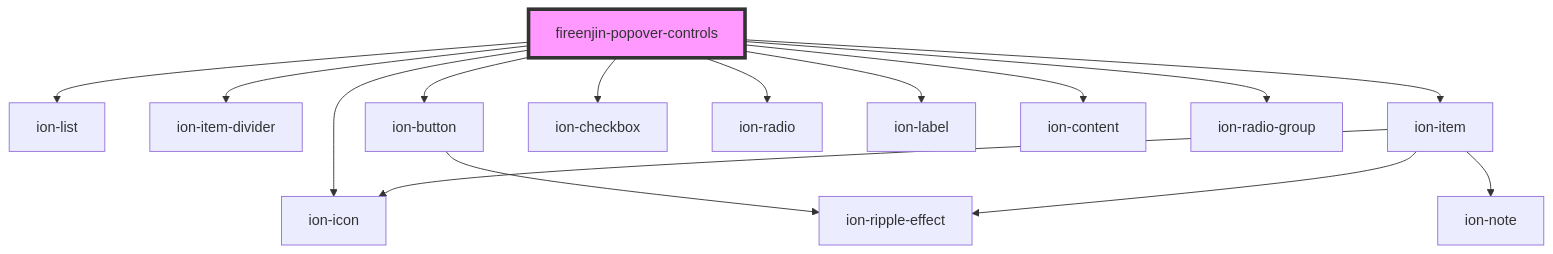
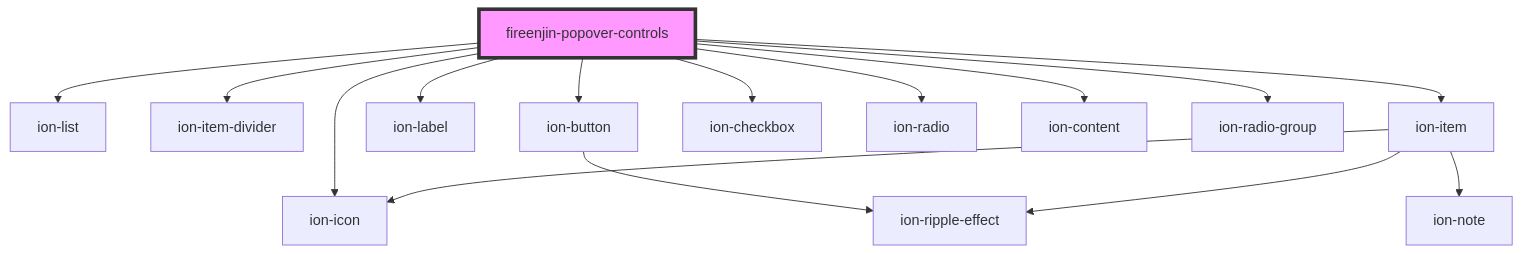
One commit to FireEnjin/Components changed the diagram in src/components/popover-controls/readme.md. Above: the diagram before and after it, drawn with Mermaid. The commit also changed other lines of this file and 5 other files, not shown here.

Commit message:
fix(popover-controls): Add group option to controls

````diff
--- a/src/components/popover-controls/readme.md
+++ b/src/components/popover-controls/readme.md
@@ -49,18 +50,18 @@
 ```mermaid
 graph TD;
   fireenjin-popover-controls --> ion-list
   fireenjin-popover-controls --> ion-item-divider
   fireenjin-popover-controls --> ion-icon
   fireenjin-popover-controls --> ion-button
+  fireenjin-popover-controls --> ion-label
   fireenjin-popover-controls --> ion-item
   fireenjin-popover-controls --> ion-checkbox
   fireenjin-popover-controls --> ion-radio
-  fireenjin-popover-controls --> ion-label
   fireenjin-popover-controls --> ion-content
   fireenjin-popover-controls --> ion-radio-group
   ion-button --> ion-ripple-effect
   ion-item --> ion-icon
   ion-item --> ion-ripple-effect
   ion-item --> ion-note
   style fireenjin-popover-controls fill:#f9f,stroke:#333,stroke-width:4px
 ```
````
